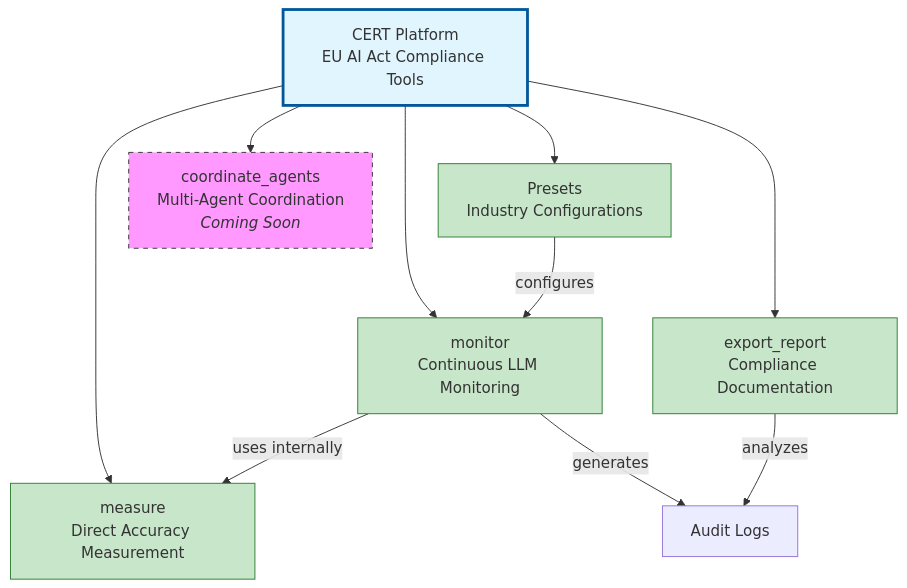
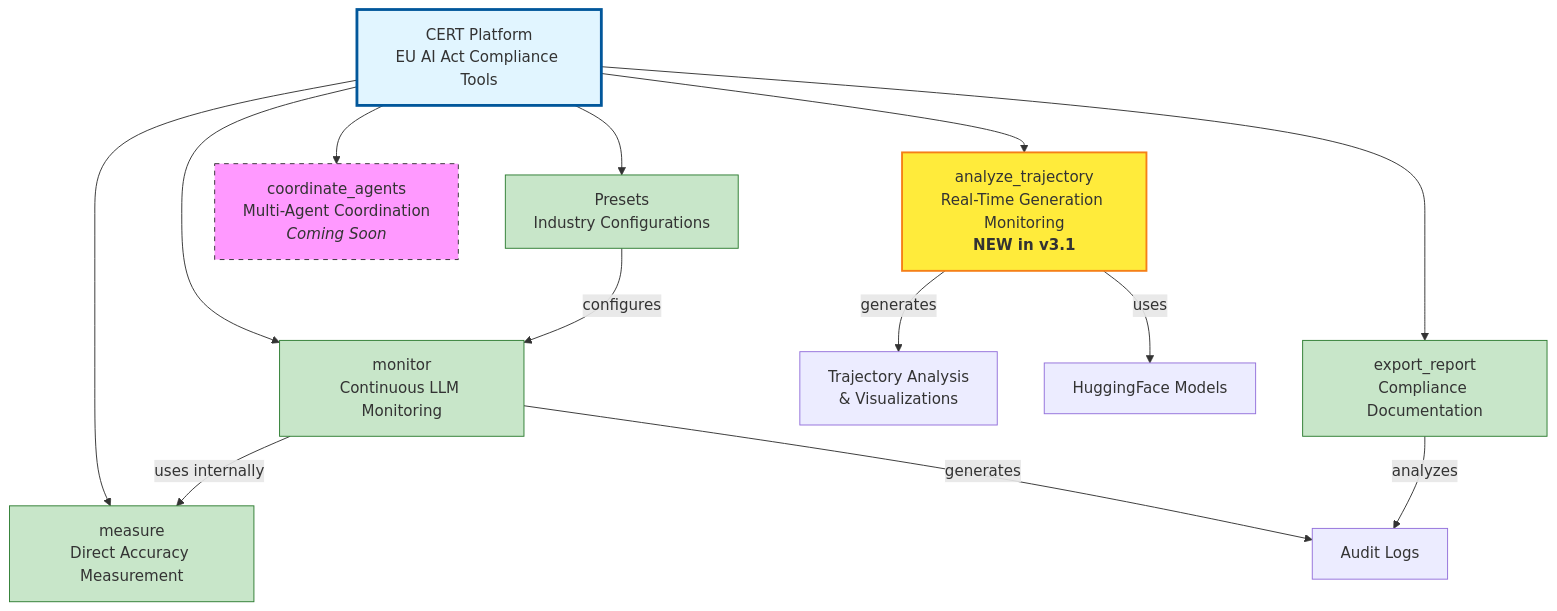
Before and after one commit to Javihaus/cert-framework: the diagram in README.md, drawn with Mermaid. The commit also changed other lines of this file and 11 other files, not shown here.

First line of the commit message:
feat: Add Trajectory Monitoring (Tool #6) - v3.1.0

````diff
--- a/README.md
+++ b/README.md
@@ -55,20 +55,24 @@
 ```mermaid
 graph TD
     A[CERT Platform<br/>EU AI Act Compliance Tools] --> B[measure<br/>Direct Accuracy Measurement]
     A --> C[monitor<br/>Continuous LLM Monitoring]
     A --> D[export_report<br/>Compliance Documentation]
     A --> E[Presets<br/>Industry Configurations]
-    A --> F[coordinate_agents<br/>Multi-Agent Coordination<br/><i>Coming Soon</i>]
+    A --> F[analyze_trajectory<br/>Real-Time Generation Monitoring<br/><b>NEW in v3.1</b>]
+    A --> G[coordinate_agents<br/>Multi-Agent Coordination<br/><i>Coming Soon</i>]
 
     C -->|uses internally| B
-    C -->|generates| G[Audit Logs]
-    D -->|analyzes| G
+    C -->|generates| H[Audit Logs]
+    D -->|analyzes| H
     E -->|configures| C
+    F -->|generates| I[Trajectory Analysis<br/>& Visualizations]
+    F -->|uses| J[HuggingFace Models]
 
-    style F fill:#f9f,stroke:#333,stroke-dasharray: 5 5
+    style G fill:#f9f,stroke:#333,stroke-dasharray: 5 5
     style A fill:#e1f5ff,stroke:#01579b,stroke-width:3px
     style B fill:#c8e6c9,stroke:#2e7d32
     style C fill:#c8e6c9,stroke:#2e7d32
     style D fill:#c8e6c9,stroke:#2e7d32
     style E fill:#c8e6c9,stroke:#2e7d32
+    style F fill:#ffeb3b,stroke:#f57f17,stroke-width:2px
 ```
````
